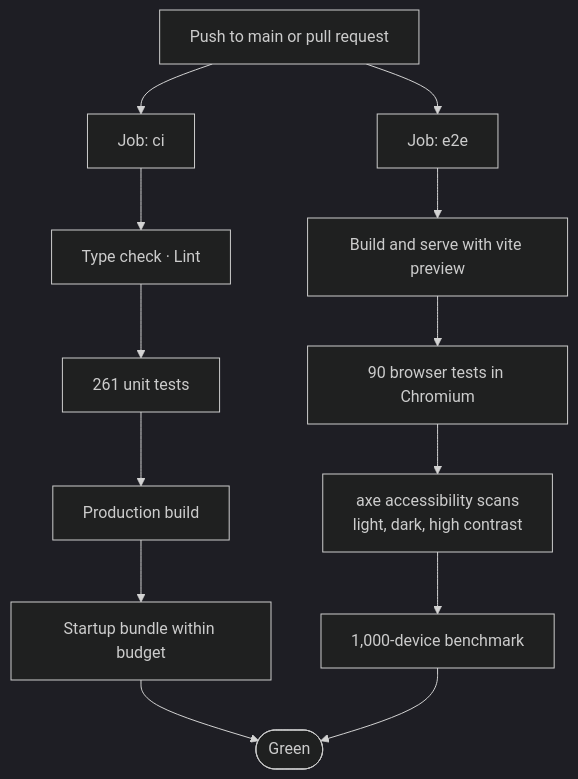
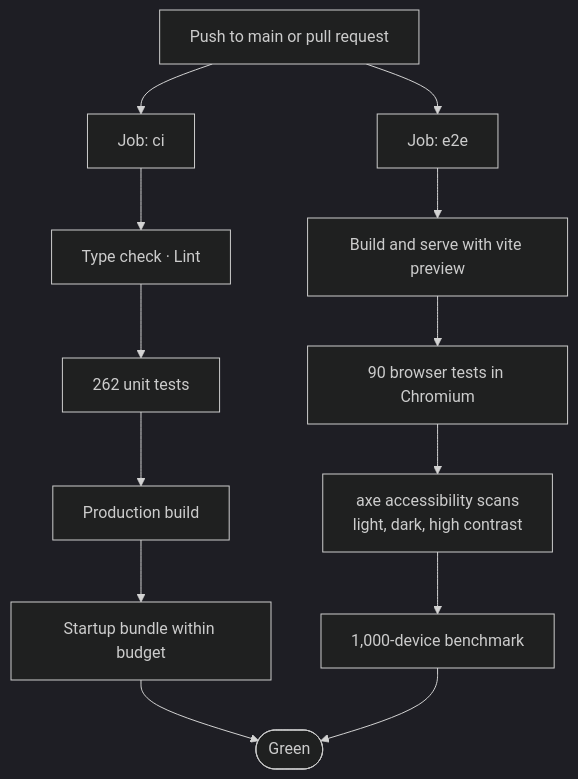
One commit to vijaykumargowdakk/ReSecArc changed diagram 29 of 32 in README.md. Above: the diagram before and after it, drawn with Mermaid (dark theme). The commit also changed other lines of this file and 5 other files, not shown here.

First line of the commit message:
Draw protocol flows beside their links in the draw.io export

````diff
--- a/README.md
+++ b/README.md
@@ -1281,15 +1281,15 @@
 ```mermaid
 flowchart TB
     PUSH["Push to main or pull request"] --> J1["Job: ci"]
     PUSH --> J2["Job: e2e"]
     J1 --> A1["Type check · Lint"]
-    A1 --> A2["261 unit tests"]
+    A1 --> A2["262 unit tests"]
     A2 --> A3["Production build"]
     A3 --> A4["Startup bundle within budget"]
     J2 --> B1["Build and serve with vite preview"]
     B1 --> B2["90 browser tests in Chromium"]
     B2 --> B3["axe accessibility scans<br/>light, dark, high contrast"]
     B3 --> B4["1,000-device benchmark"]
     A4 --> OK(["Green"])
     B4 --> OK
 ```
````
